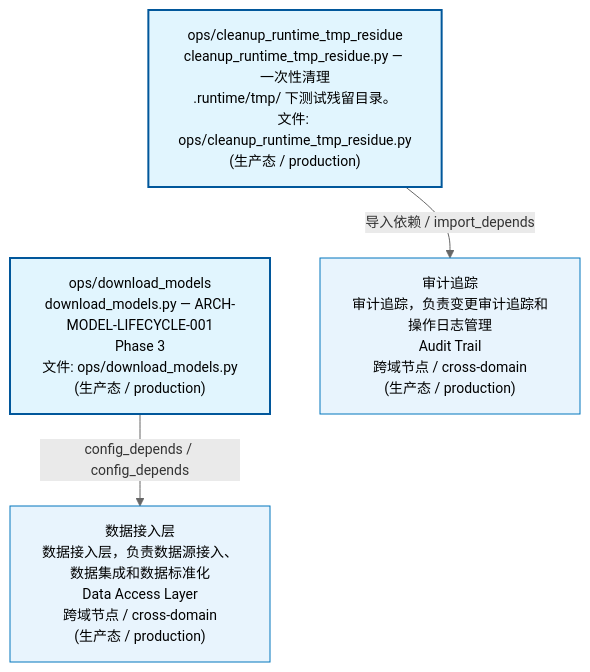
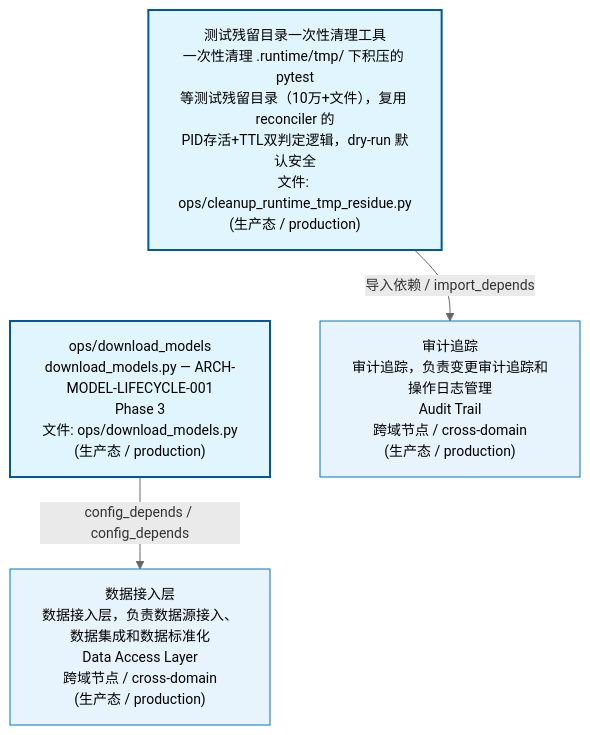
One commit to xuanFelixVan/ZephyrAlpha changed the first of 3 diagrams in docs/02_enterprise_architecture/02_domain_architecture_docs/04_d_infra_ops.md. Above: the diagram before and after it, drawn with Mermaid. The commit also changed other lines of this file and 5 other files, not shown here.

````diff
--- a/docs/02_enterprise_architecture/02_domain_architecture_docs/04_d_infra_ops.md
+++ b/docs/02_enterprise_architecture/02_domain_architecture_docs/04_d_infra_ops.md
@@ -53,17 +53,17 @@
 ```mermaid
 %%{init: {'theme': 'base', 'themeVariables': {'primaryColor': '#eaeaea', 'primaryTextColor': '#333333', 'primaryBorderColor': '#666666', 'lineColor': '#666666', 'secondaryColor': '#eaeaea', 'tertiaryColor': '#eaeaea', 'fontSize': '14px'}}}%%
 flowchart TD
-    scripts_ops_cleanup_runtime_tmp_residue_py["ops/cleanup_runtime_tmp_residue<br/>cleanup_runtime_tmp_residue.py — 一次性清理<br/>.runtime/tmp/ 下测试残留目录。<br/>文件: ops/cleanup_runtime_tmp_residue.py<br/>(生产态 / production)"]
+    scripts_ops_cleanup_runtime_tmp_residue_py["测试残留目录一次性清理工具<br/>一次性清理 .runtime/tmp/ 下积压的 pytest<br/>等测试残留目录（10万+文件），复用 reconciler 的<br/>PID存活+TTL双判定逻辑，dry-run 默认安全<br/>文件: ops/cleanup_runtime_tmp_residue.py<br/>(生产态 / production)"]
     scripts_ops_download_models_py["ops/download_models<br/>download_models.py — ARCH-MODEL-LIFECYCLE-001<br/>Phase 3<br/>文件: ops/download_models.py<br/>(生产态 / production)"]
     scripts_ops_cleanup_runtime_tmp_residue_py ~~~ scripts_ops_download_models_py
     D_GOV_AUDIT["审计追踪<br/>审计追踪，负责变更审计追踪和操作日志管理<br/>Audit Trail<br/>跨域节点 / cross-domain<br/>(生产态 / production)"]
     scripts_ops_cleanup_runtime_tmp_residue_py -->|导入依赖 / import_depends| D_GOV_AUDIT
     D_DATA["数据接入层<br/>数据接入层，负责数据源接入、数据集成和数据标准化<br/>Data Access Layer<br/>跨域节点 / cross-domain<br/>(生产态 / production)"]
     scripts_ops_download_models_py -->|config_depends / config_depends| D_DATA
     classDef production fill:#e1f5fe,stroke:#01579b,stroke-width:2px,color:#000
     classDef design fill:#fff3e0,stroke:#e65100,stroke-width:2px,color:#000,stroke-dasharray: 5 5
     classDef external_prod fill:#e8f4fd,stroke:#0277bd,stroke-width:1px,color:#000
     classDef external_design fill:#fff8e7,stroke:#ef6c00,stroke-width:1px,color:#000,stroke-dasharray: 5 5
     class scripts_ops_cleanup_runtime_tmp_residue_py,scripts_ops_download_models_py production
     class D_GOV_AUDIT,D_DATA external_prod
 ```
````
